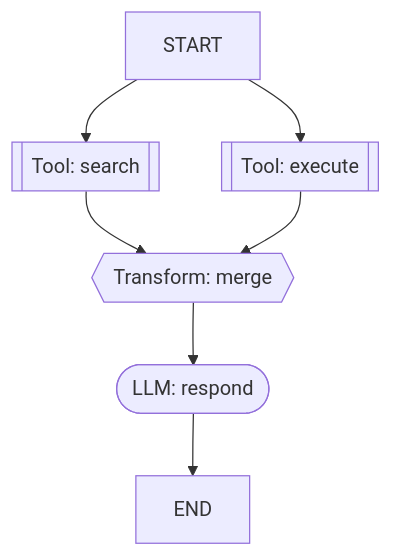
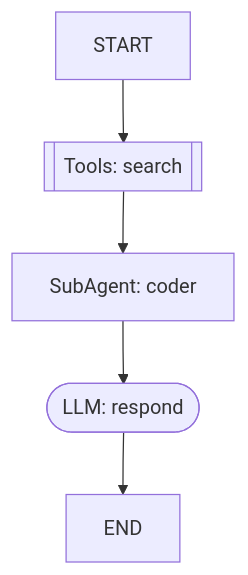
The diagram in doc/modules/visual.md (heelynn/artipivot), drawn with Mermaid before and after one commit. The commit also changed other lines of this file and 64 other files, not shown here.

````diff
--- a/doc/modules/visual.md
+++ b/doc/modules/visual.md
@@ -41,13 +67,10 @@
 ```mermaid
 flowchart TD
-    search[["Tool: search"]]
-    execute[["Tool: execute"]]
-    merge{{"Transform: merge"}}
+    search[["Tools: search"]]
+    coder["SubAgent: coder"]
     respond(["LLM: respond"])
     START --> search
-    START --> execute
-    search --> merge
-    execute --> merge
-    merge --> respond
+    search --> coder
+    coder --> respond
     respond --> END
 ```
````
